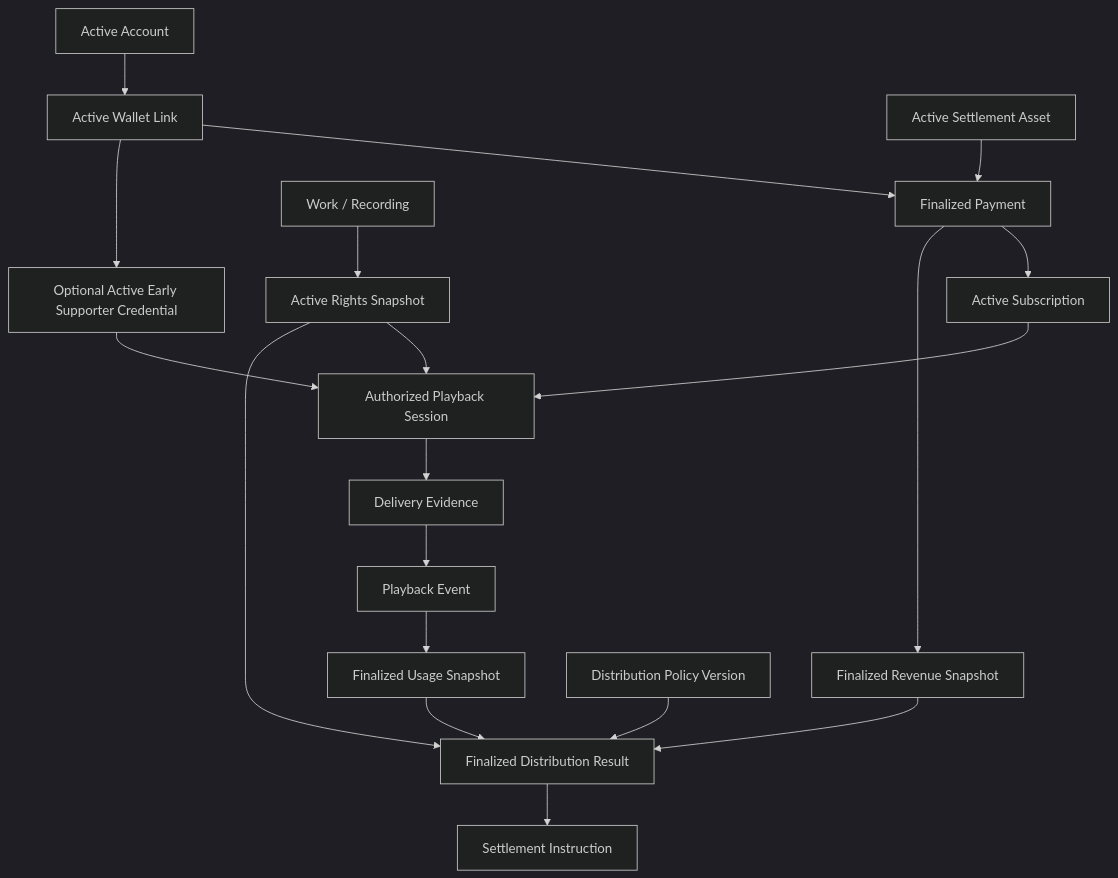
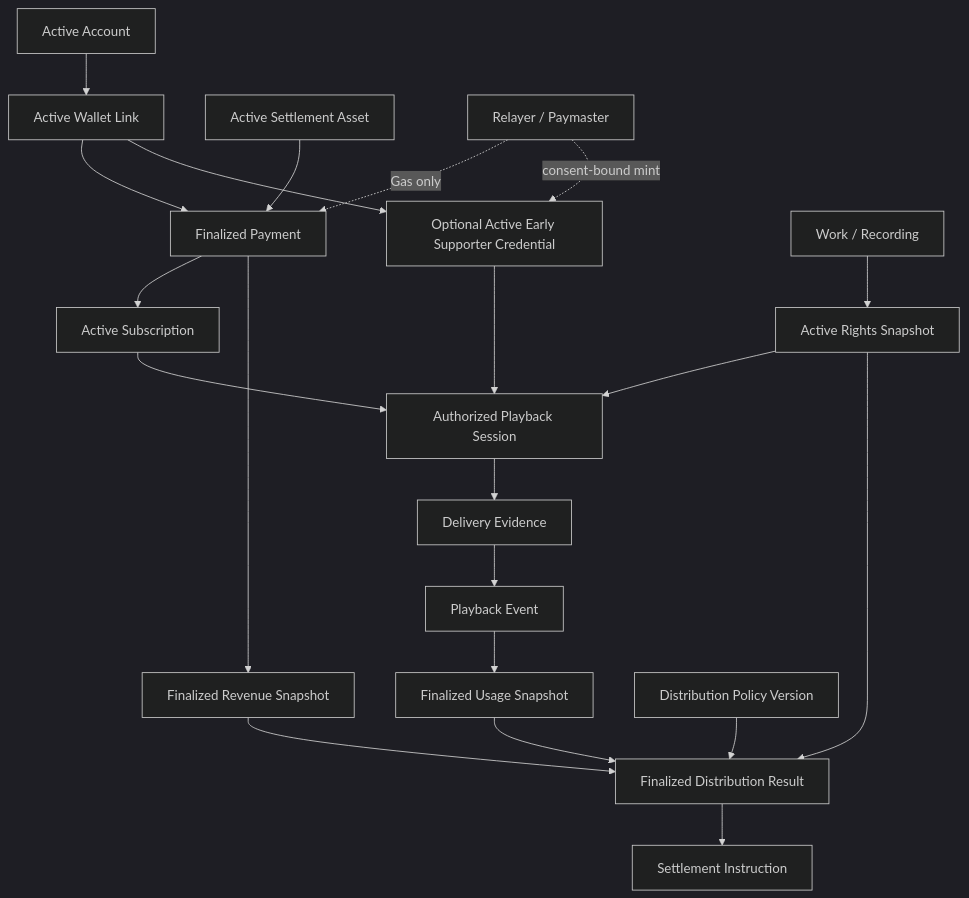
One commit to ShigeichiroYamasaki/creator-first-platform changed the diagram in docs/protocol/vertical-slice.md. Above: the diagram before and after it, drawn with Mermaid (dark theme). The commit also changed other lines of this file and 16 other files, not shown here.

Commit message:
Align JPYC payments and sponsored SBT flows

````diff
--- a/docs/protocol/vertical-slice.md
+++ b/docs/protocol/vertical-slice.md
@@ -18,34 +18,37 @@
 ```mermaid
 flowchart TD
     ACCOUNT[Active Account]
     WALLET[Active Wallet Link]
     ASSET[Active Settlement Asset]
     PAYMENT[Finalized Payment]
     SUB[Active Subscription]
     CREDENTIAL[Optional Active Early Supporter Credential]
+    SPONSOR[Relayer / Paymaster]
 
     CONTENT[Work / Recording]
     RIGHTS[Active Rights Snapshot]
     AUTHZ[Authorized Playback Session]
     DELIVERY[Delivery Evidence]
     PLAY[Playback Event]
     USAGE[Finalized Usage Snapshot]
 
     REVENUE[Finalized Revenue Snapshot]
     POLICY[Distribution Policy Version]
     RESULT[Finalized Distribution Result]
     INSTRUCTION[Settlement Instruction]
 
     ACCOUNT --> WALLET --> PAYMENT --> SUB --> AUTHZ --> DELIVERY --> PLAY --> USAGE
+    SPONSOR -. Gas only .-> PAYMENT
+    SPONSOR -. consent-bound mint .-> CREDENTIAL
     WALLET --> CREDENTIAL --> AUTHZ
     ASSET --> PAYMENT
     PAYMENT --> REVENUE
 
     CONTENT --> RIGHTS
     RIGHTS --> AUTHZ
     RIGHTS --> RESULT
     USAGE --> RESULT
     REVENUE --> RESULT
     POLICY --> RESULT
     RESULT --> INSTRUCTION
 ```
````
